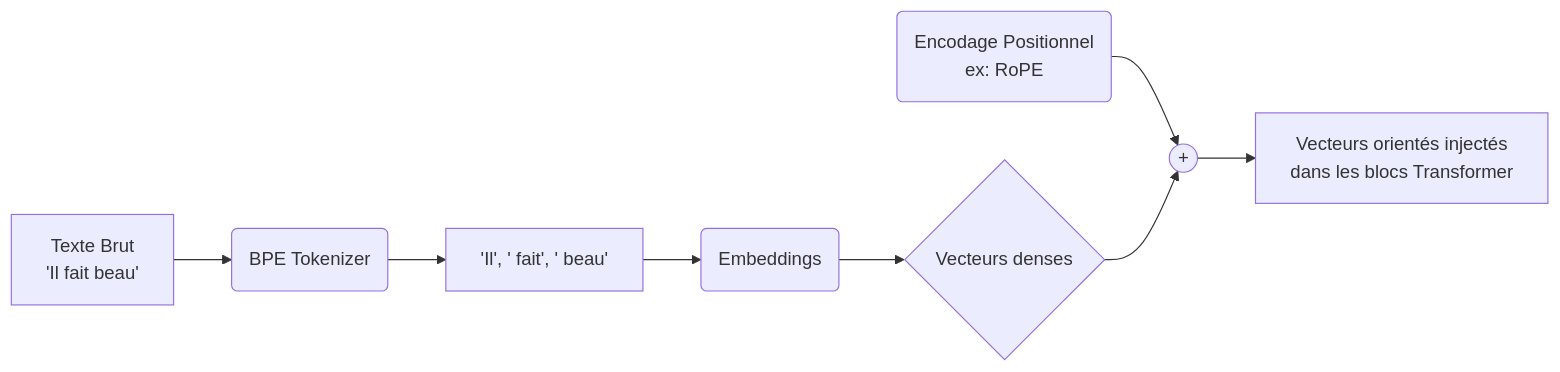
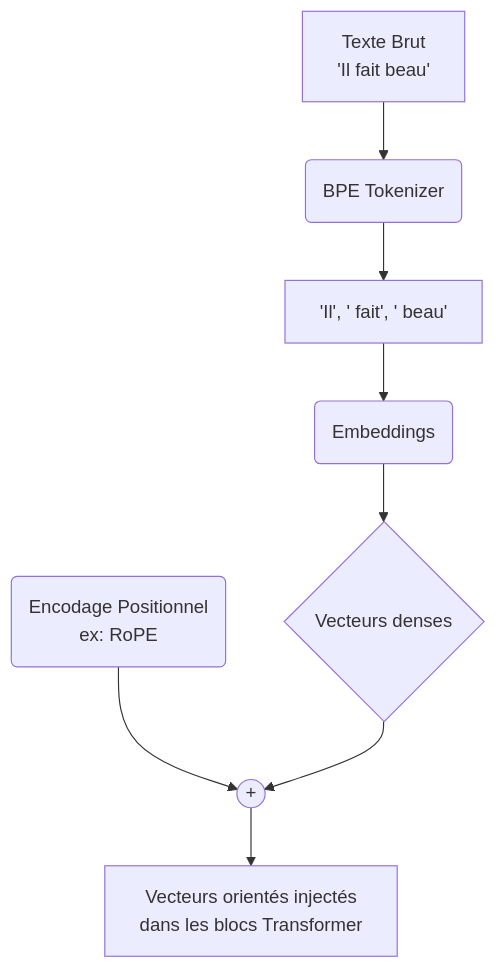
Before and after one commit to aptitek/aptispace-ia: the fourth of 5 diagrams in cours/3_genai/index.qmd, drawn with Mermaid. The commit also changed other lines of this file and 27 other files, not shown here.

Commit message:
Graphs uniformization

````diff
--- a/cours/3_genai/index.qmd
+++ b/cours/3_genai/index.qmd
@@ -181,10 +193,10 @@
 ```{mermaid}
-flowchart LR
+flowchart TD
     A[Texte Brut\n'Il fait beau'] --> B(BPE Tokenizer)
     B --> C['Il', ' fait', ' beau']
     C --> D(Embeddings)
     D --> E{Vecteurs denses}
     F(Encodage Positionnel\nex: RoPE) --> G((+))
     E --> G
     G --> H[Vecteurs orientés injectés\ndans les blocs Transformer]
 ```
````
